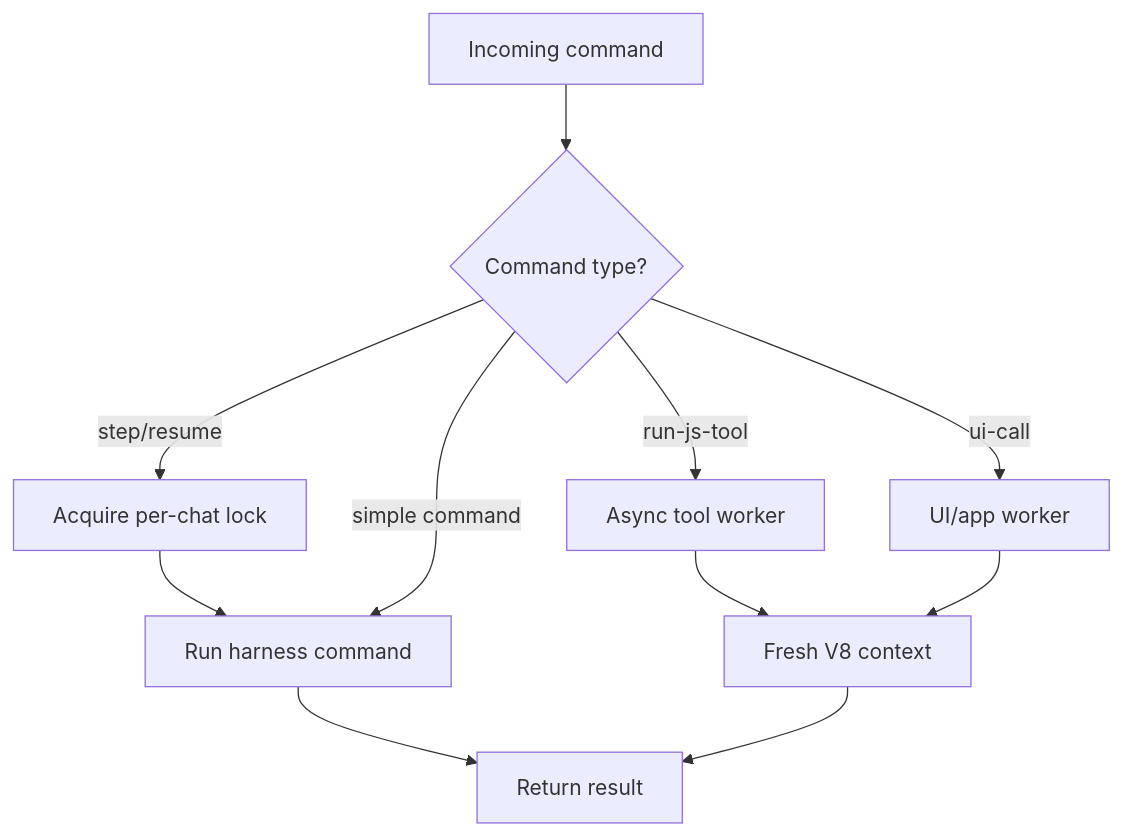
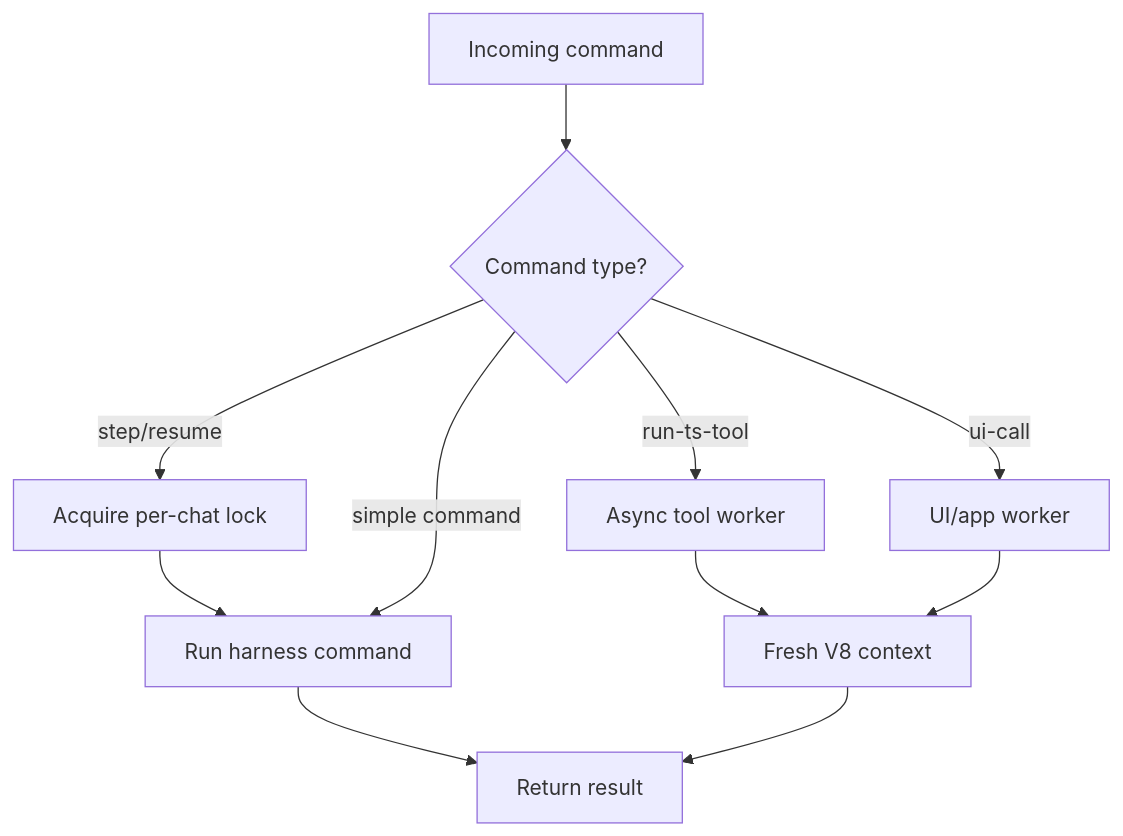
The seventh of 22 diagrams in docs/harness-walkthrough.md (pcarrier/moo), drawn with Mermaid before and after one commit. The commit also changed other lines of this file and 104 other files, not shown here.

````diff
--- a/docs/harness-walkthrough.md
+++ b/docs/harness-walkthrough.md
@@ -214,18 +214,18 @@
 ```mermaid
 flowchart TD
   Cmd[Incoming command] --> Classify{Command type?}
 
   Classify -->|step/resume| ChatLock[Acquire per-chat lock]
   ChatLock --> HarnessWorker[Run harness command]
 
-  Classify -->|run-js-tool| ToolLane[Async tool worker]
+  Classify -->|run-ts-tool| ToolLane[Async tool worker]
   ToolLane --> FreshCtx[Fresh V8 context]
 
   Classify -->|ui-call| UiLane[UI/app worker]
   UiLane --> FreshCtx
 
   Classify -->|simple command| HarnessWorker
 
   HarnessWorker --> Result[Return result]
   FreshCtx --> Result
 ```
````
